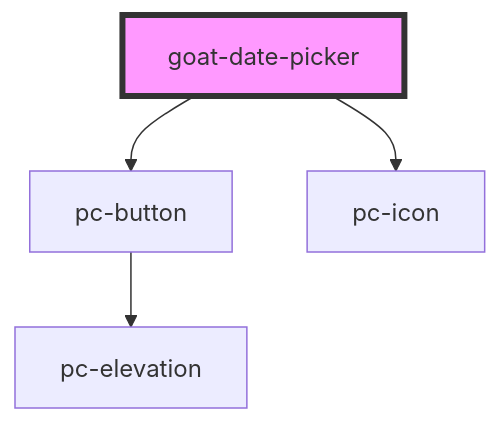
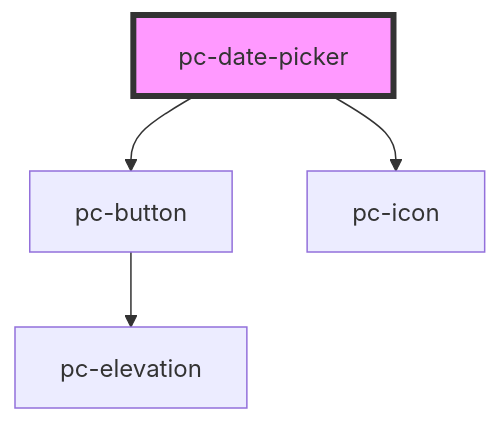
One commit to redvars/peacock changed the diagram in src/components/input-controls/data-and-time/date/date-picker/readme.md. Above: the diagram before and after it, drawn with Mermaid. The commit also changed other lines of this file and 299 other files, not shown here.

````diff
--- a/src/components/input-controls/data-and-time/date/date-picker/readme.md
+++ b/src/components/input-controls/data-and-time/date/date-picker/readme.md
@@ -83,7 +83,7 @@
 ```mermaid
 graph TD;
-  goat-date-picker --> pc-button
-  goat-date-picker --> pc-icon
+  pc-date-picker --> pc-button
+  pc-date-picker --> pc-icon
   pc-button --> pc-elevation
-  style goat-date-picker fill:#f9f,stroke:#333,stroke-width:4px
+  style pc-date-picker fill:#f9f,stroke:#333,stroke-width:4px
 ```
````
